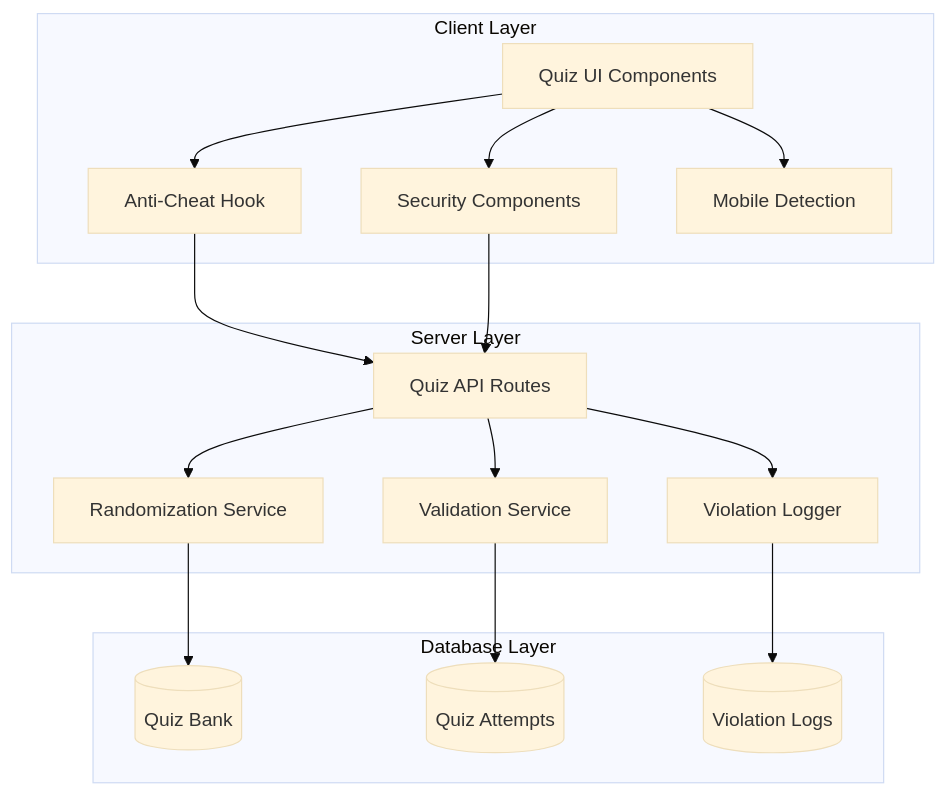
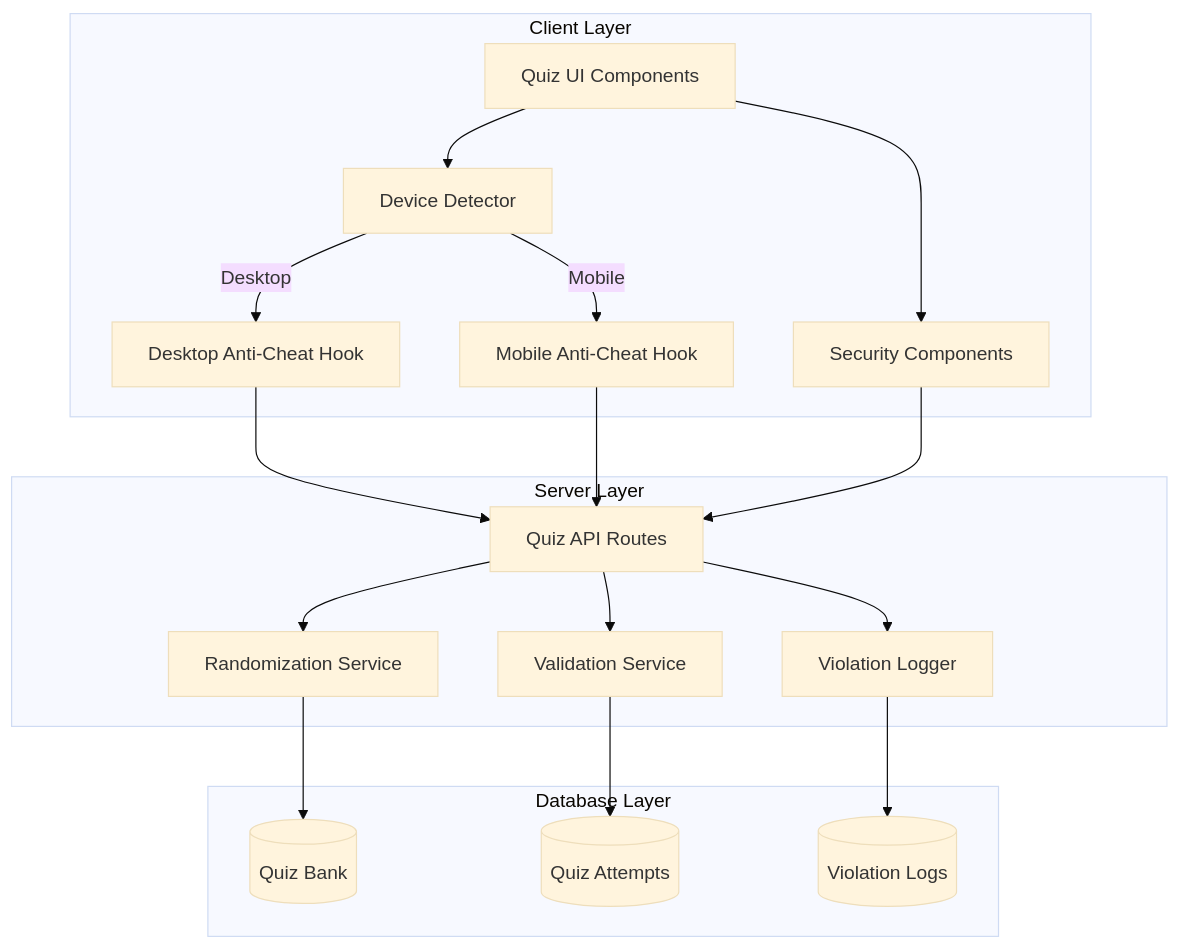
One commit to Ayushmancodes-08/quiz changed the first of 2 diagrams in .kiro/specs/quiz-anti-cheat-enhancements/design.md. Above: the diagram before and after it, drawn with Mermaid (base theme). The commit also changed other lines of this file and 5 other files, not shown here.

````diff
--- a/.kiro/specs/quiz-anti-cheat-enhancements/design.md
+++ b/.kiro/specs/quiz-anti-cheat-enhancements/design.md
@@ -11,34 +11,37 @@
 ```mermaid
 graph TB
     subgraph Client["Client Layer"]
         UI[Quiz UI Components]
-        ACH[Anti-Cheat Hook]
+        DD[Device Detector]
+        DACH[Desktop Anti-Cheat Hook]
+        MACH[Mobile Anti-Cheat Hook]
         SEC[Security Components]
-        MOB[Mobile Detection]
     end
     
     subgraph Server["Server Layer"]
         API[Quiz API Routes]
         RAND[Randomization Service]
         VAL[Validation Service]
         LOG[Violation Logger]
     end
     
     subgraph Database["Database Layer"]
         QB[(Quiz Bank)]
         QA[(Quiz Attempts)]
         VL[(Violation Logs)]
     end
     
-    UI --> ACH
+    UI --> DD
+    DD -->|Desktop| DACH
+    DD -->|Mobile| MACH
+    DACH --> API
+    MACH --> API
     UI --> SEC
-    UI --> MOB
-    ACH --> API
     SEC --> API
     API --> RAND
     API --> VAL
     API --> LOG
     RAND --> QB
     VAL --> QA
     LOG --> VL
 ```
````
